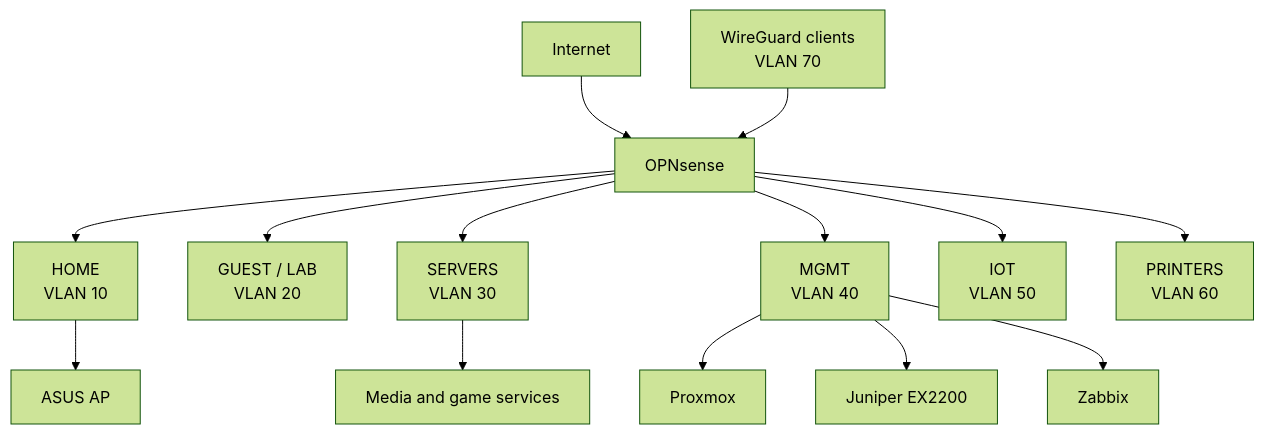
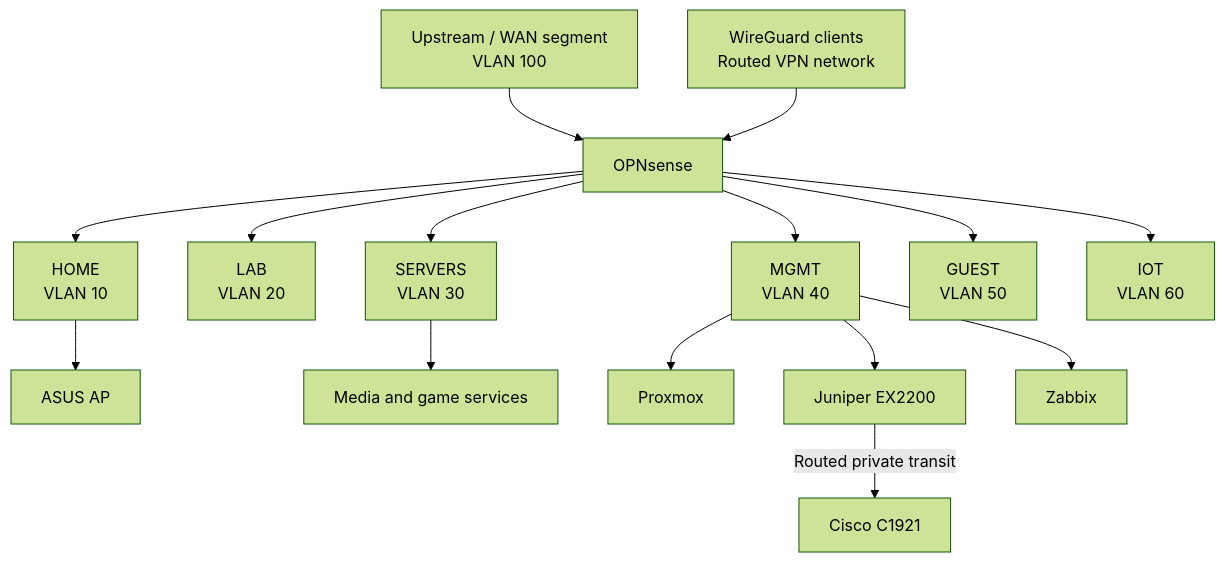
Before and after one commit to nicholasmbattista23/home-lab-infrastructure: the diagram in diagrams/logical-topology.md, drawn with Mermaid (forest theme). The commit also changed other lines of this file and 8 other files, not shown here.

````diff
--- a/diagrams/logical-topology.md
+++ b/diagrams/logical-topology.md
@@ -3,26 +3,29 @@
 ```mermaid
 flowchart TB
-    WAN["Internet"] --> FW["OPNsense"]
+    WAN["Upstream / WAN segment
+VLAN 100"] --> FW["OPNsense"]
 
     WG["WireGuard clients
-VLAN 70"] --> FW
+Routed VPN network"] --> FW
 
     FW --> HOME["HOME
 VLAN 10"]
-    FW --> LAB["GUEST / LAB
+    FW --> LAB["LAB
 VLAN 20"]
     FW --> SERVERS["SERVERS
 VLAN 30"]
     FW --> MGMT["MGMT
 VLAN 40"]
+    FW --> GUEST["GUEST
+VLAN 50"]
     FW --> IOT["IOT
-VLAN 50"]
-    FW --> PRINT["PRINTERS
 VLAN 60"]
 
     HOME --> AP["ASUS AP"]
     SERVERS --> APP["Media and game services"]
     MGMT --> PVE["Proxmox"]
     MGMT --> SW["Juniper EX2200"]
     MGMT --> ZBX["Zabbix"]
+
+    SW -->|"Routed private transit"| C1921["Cisco C1921"]
 ```
````
